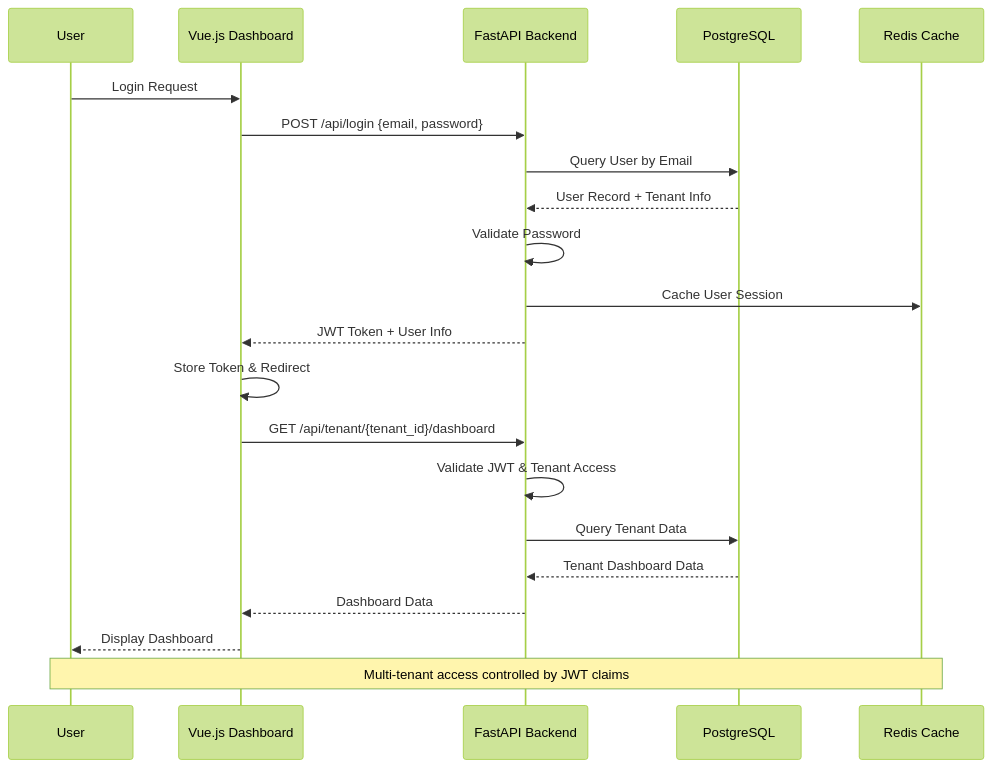
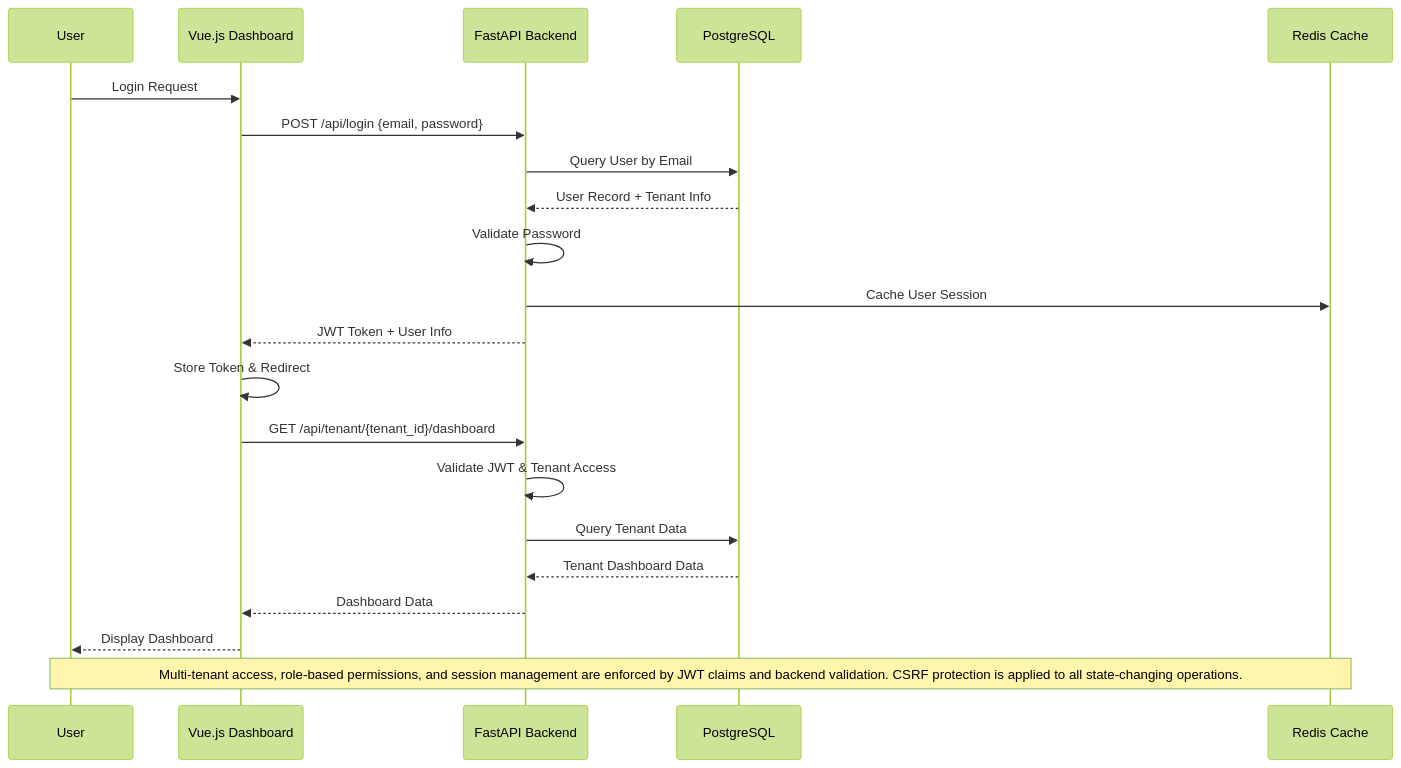
One commit to ashisays/BITS-SIEM changed the fifth of 8 diagrams in SIEM_ARCHITECTURE_WORKFLOWS.md. Above: the diagram before and after it, drawn with Mermaid (forest theme). The commit also changed other lines of this file and 24 other files, not shown here.

````diff
--- a/SIEM_ARCHITECTURE_WORKFLOWS.md
+++ b/SIEM_ARCHITECTURE_WORKFLOWS.md
@@ -293,25 +297,25 @@
 ```mermaid
 sequenceDiagram
     participant U as User
     participant UI as Vue.js Dashboard
     participant API as FastAPI Backend
     participant DB as PostgreSQL
     participant REDIS as Redis Cache
     
     U->>UI: Login Request
     UI->>API: POST /api/login {email, password}
     API->>DB: Query User by Email
     DB-->>API: User Record + Tenant Info
     API->>API: Validate Password
     API->>REDIS: Cache User Session
     API-->>UI: JWT Token + User Info
     UI->>UI: Store Token & Redirect
     UI->>API: GET /api/tenant/{tenant_id}/dashboard
     API->>API: Validate JWT & Tenant Access
     API->>DB: Query Tenant Data
     DB-->>API: Tenant Dashboard Data
     API-->>UI: Dashboard Data
     UI-->>U: Display Dashboard
     
-    Note over U,REDIS: Multi-tenant access controlled by JWT claims
+    Note over U,REDIS: Multi-tenant access, role-based permissions, and session management are enforced by JWT claims and backend validation. CSRF protection is applied to all state-changing operations.
 ```
````
